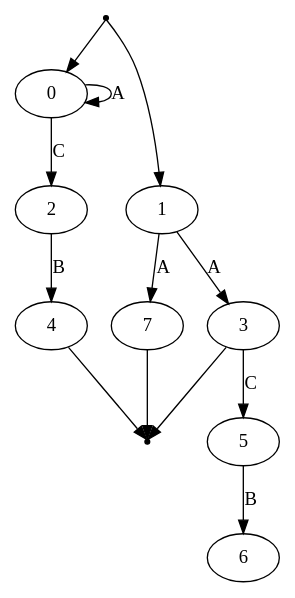
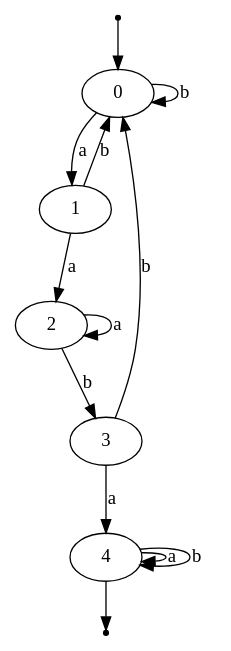
One commit to omarelhorre/automate changed the diagram in demo.dot. Above: the diagram before and after it, drawn with Graphviz. The commit also changed 13 other files, not shown here.

```diff
--- a/demo.dot
+++ b/demo.dot
@@ -1,16 +1,16 @@
 digraph G {
-    init [shape=point]
-    fin [shape=point]
+    init [shape=point];
+    fin [shape=point];
     init -> 0;
-    init -> 1;
-    0 -> 0 [label="A"];
-    0 -> 2 [label="C"];
-    1 -> 3 [label="A"];
-    2 -> 4 [label="B"];
-    3 -> 5 [label="C"];
-    1 -> 7 [label="A"];
-    7 -> fin;
-    5 -> 6 [label="B"];
-    3 -> fin;
+    0 -> 0 [label="b"];
+    0 -> 1 [label="a"];
+    1 -> 0 [label="b"];
+    1 -> 2 [label="a"];
+    2 -> 2 [label="a"];
+    2 -> 3 [label="b"];
+    3 -> 0 [label="b"];
+    3 -> 4 [label="a"];
+    4 -> 4 [label="a"];
+    4 -> 4 [label="b"];
     4 -> fin;
 }
```
